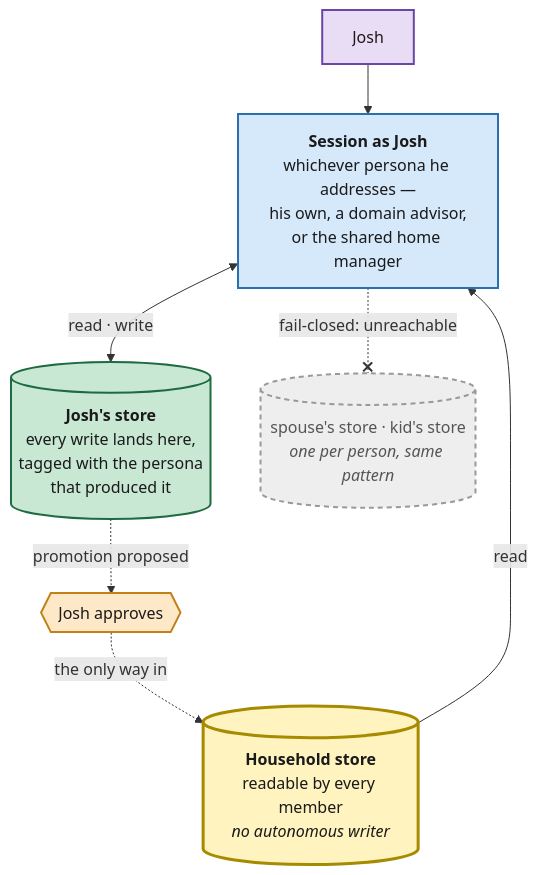
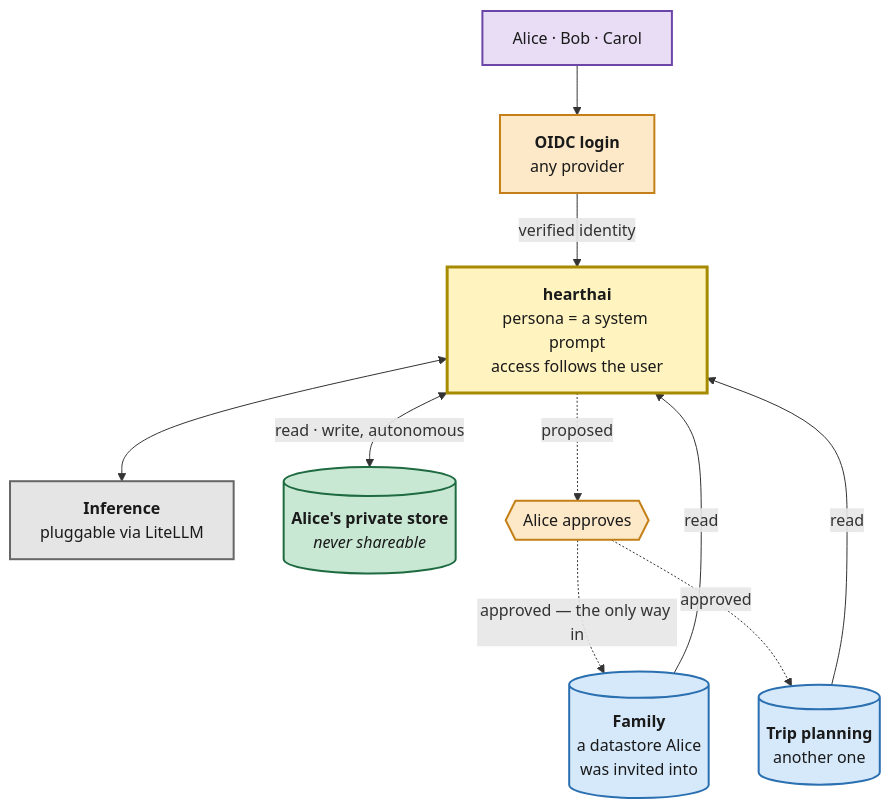
The diagram in README.md (jokajak/hearthai), drawn with Mermaid before and after one commit. The commit also changed other lines of this file and 1 other file, not shown here.

````diff
--- a/README.md
+++ b/README.md
@@ -56,23 +19,28 @@
 ```mermaid
 flowchart TB
-    J["Josh"]:::person
-    JS["<b>Session as Josh</b><br/>whichever persona he addresses —<br/>his own, a domain advisor,<br/>or the shared home manager"]:::sess
-    JST[("<b>Josh's store</b><br/>every write lands here,<br/>tagged with the persona<br/>that produced it")]:::store
-    HUMAN{{"Josh approves"}}:::gate
-    HH[("<b>Household store</b><br/>readable by every member<br/><i>no autonomous writer</i>")]:::shared
-    OTHER[("spouse's store · kid's store<br/><i>one per person, same pattern</i>")]:::locked
+    U["Alice · Bob · Carol"]:::person
+    OIDC["<b>OIDC login</b><br/>any provider"]:::gate
+    H["<b>hearthai</b><br/>persona = a system prompt<br/>access follows the user"]:::core
+    INF["<b>Inference</b><br/>pluggable via LiteLLM"]:::inf
+    PRIV[("<b>Alice's private store</b><br/><i>never shareable</i>")]:::priv
+    SH1[("<b>Family</b><br/>a datastore Alice<br/>was invited into")]:::shared
+    SH2[("<b>Trip planning</b><br/>another one")]:::shared
+    OK{{"Alice approves"}}:::gate
 
-    J --> JS
-    JS <-->|"read · write"| JST
-    HH -->|"read"| JS
-    JST -. "promotion proposed" .-> HUMAN
-    HUMAN -. "the only way in" .-> HH
-    JS -. "fail-closed: unreachable" .-x OTHER
+    U --> OIDC
+    OIDC -->|"verified identity"| H
+    H <--> INF
+    H <-->|"read · write, autonomous"| PRIV
+    SH1 -->|read| H
+    SH2 -->|read| H
+    H -. "proposed" .-> OK
+    OK -. "approved — the only way in" .-> SH1
+    OK -. "approved" .-> SH2
 
     classDef person fill:#e8ddf5,stroke:#6b46a8,stroke-width:2px,color:#1a1a1a
-    classDef sess fill:#d6e9fb,stroke:#2a6fb0,stroke-width:2px,color:#1a1a1a
-    classDef store fill:#c9e8d4,stroke:#1f6b41,stroke-width:2px,color:#1a1a1a
-    classDef shared fill:#fff3bf,stroke:#a68b00,stroke-width:3px,color:#1a1a1a
     classDef gate fill:#fde9c8,stroke:#c47f17,stroke-width:2px,color:#1a1a1a
-    classDef locked fill:#eeeeee,stroke:#999999,stroke-width:2px,stroke-dasharray:5 4,color:#555555
+    classDef core fill:#fff3bf,stroke:#a68b00,stroke-width:3px,color:#1a1a1a
+    classDef inf fill:#e5e5e5,stroke:#666666,stroke-width:2px,color:#1a1a1a
+    classDef priv fill:#c9e8d4,stroke:#1f6b41,stroke-width:2px,color:#1a1a1a
+    classDef shared fill:#d6e9fb,stroke:#2a6fb0,stroke-width:2px,color:#1a1a1a
 ```
````
